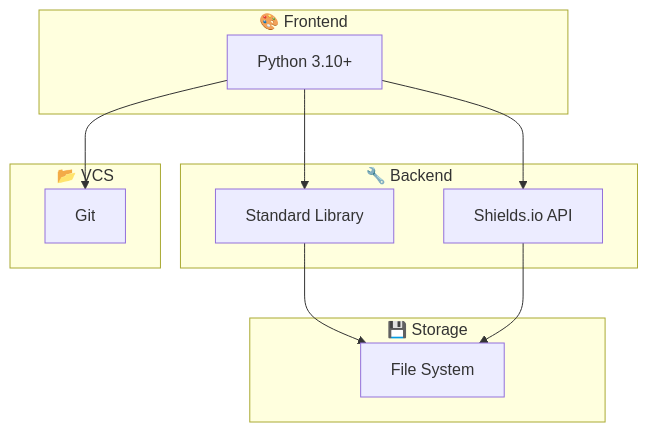
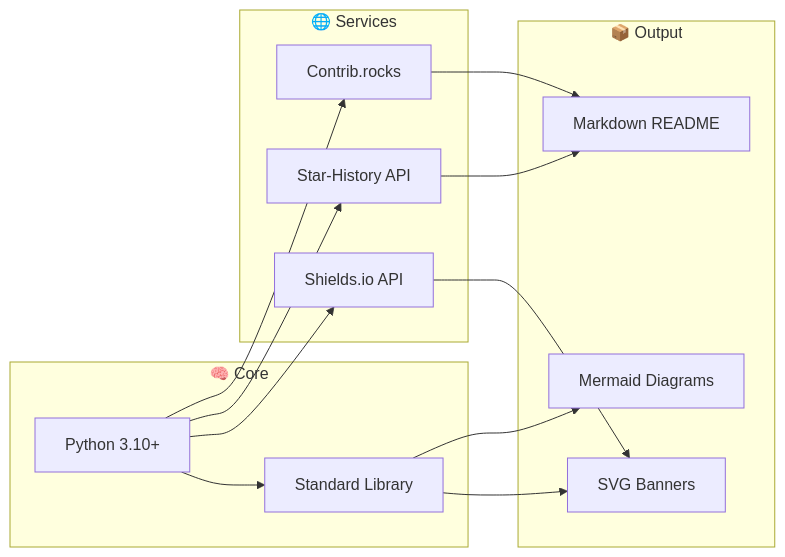
Before and after one commit to AlanSong2077/github-readme-crafter-Skill: the second of 2 diagrams in README.md, drawn with Mermaid. The commit also changed other lines of this file and 3 other files, not shown here.

````diff
--- a/README.md
+++ b/README.md
@@ -92,25 +150,29 @@
 ```mermaid
-flowchart TB
-    subgraph Frontend["🎨 Frontend"]
-        Python["Python 3.10+"]
+flowchart LR
+    subgraph Core["🧠 Core"]
+        Py["Python 3.10+"]
+        SL["Standard Library"]
     end
-    
-    subgraph Backend["🔧 Backend"]
-        StdLib["Standard Library"]
-        Shields["Shields.io API"]
+
+    subgraph Services["🌐 Services"]
+        SH["Shields.io API"]
+        ST["Star-History API"]
+        CR["Contrib.rocks"]
     end
-    
-    subgraph Storage["💾 Storage"]
-        FS["File System"]
+
+    subgraph Output["📦 Output"]
+        SVG["SVG Banners"]
+        MD["Markdown README"]
+        DM["Mermaid Diagrams"]
     end
-    
-    subgraph VCS["📂 VCS"]
-        Git["Git"]
-    end
-    
-    Python --> StdLib
-    Python --> Shields
-    StdLib --> FS
-    Shields --> FS
-    Python --> Git
+
+    Py --> SL
+    Py --> SH
+    Py --> ST
+    Py --> CR
+    SH --> SVG
+    ST --> MD
+    CR --> MD
+    SL --> SVG
+    SL --> DM
 ```
````
